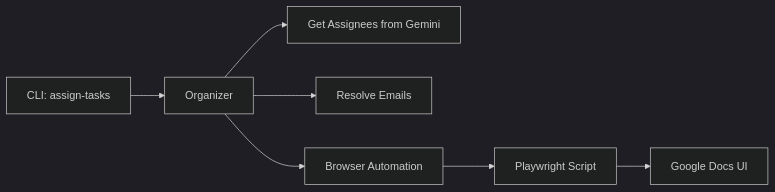
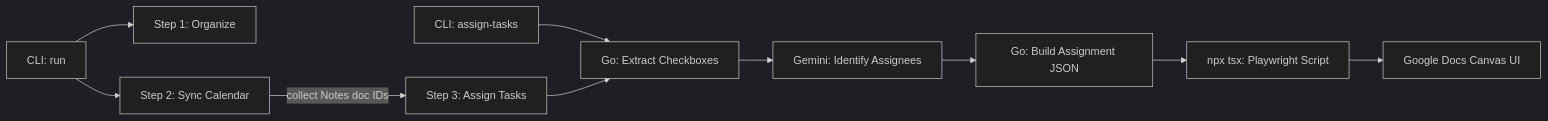
One commit to vdanen/gcal-organizer changed the diagram in .specify/specs/002-browser-task-assignment/plan.md. Above: the diagram before and after it, drawn with Mermaid (dark theme). The commit also changed other lines of this file and 7 other files, not shown here.

````diff
--- a/.specify/specs/002-browser-task-assignment/plan.md
+++ b/.specify/specs/002-browser-task-assignment/plan.md
@@ -9,9 +9,13 @@
 ```mermaid
 graph LR
-    A[CLI: assign-tasks] --> B[Organizer]
-    B --> C[Get Assignees from Gemini]
-    B --> D[Resolve Emails]
-    B --> E[Browser Automation]
-    E --> F[Playwright Script]
-    F --> G[Google Docs UI]
+    A[CLI: assign-tasks] --> B[Go: Extract Checkboxes]
+    B --> C[Gemini: Identify Assignees]
+    C --> D[Go: Build Assignment JSON]
+    D --> E[npx tsx: Playwright Script]
+    E --> F[Google Docs Canvas UI]
+    
+    G[CLI: run] --> H[Step 1: Organize]
+    G --> I[Step 2: Sync Calendar]
+    I --> |collect Notes doc IDs| J[Step 3: Assign Tasks]
+    J --> B
 ```
````
